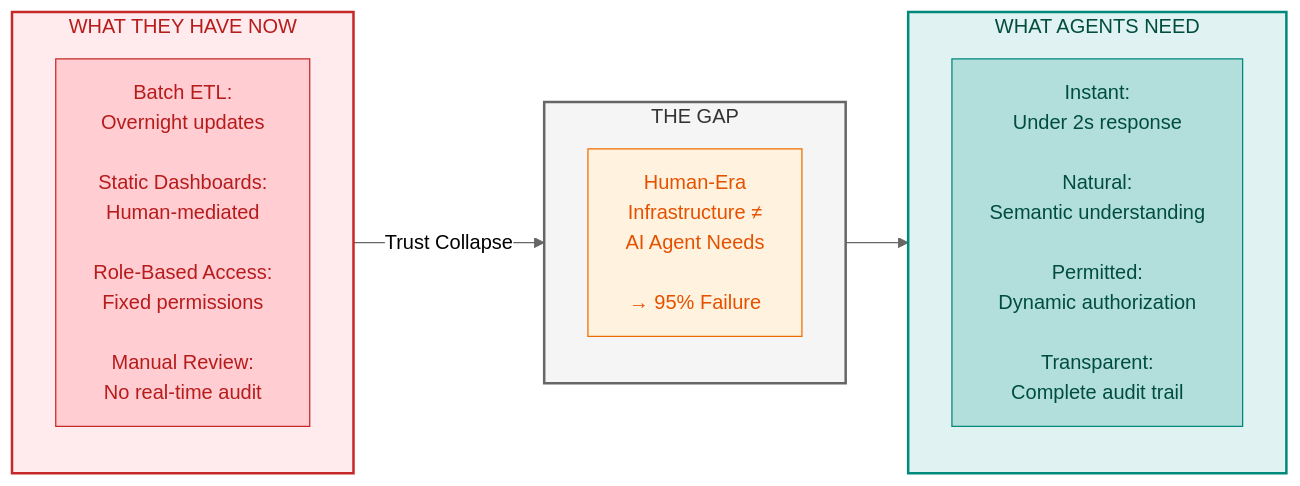
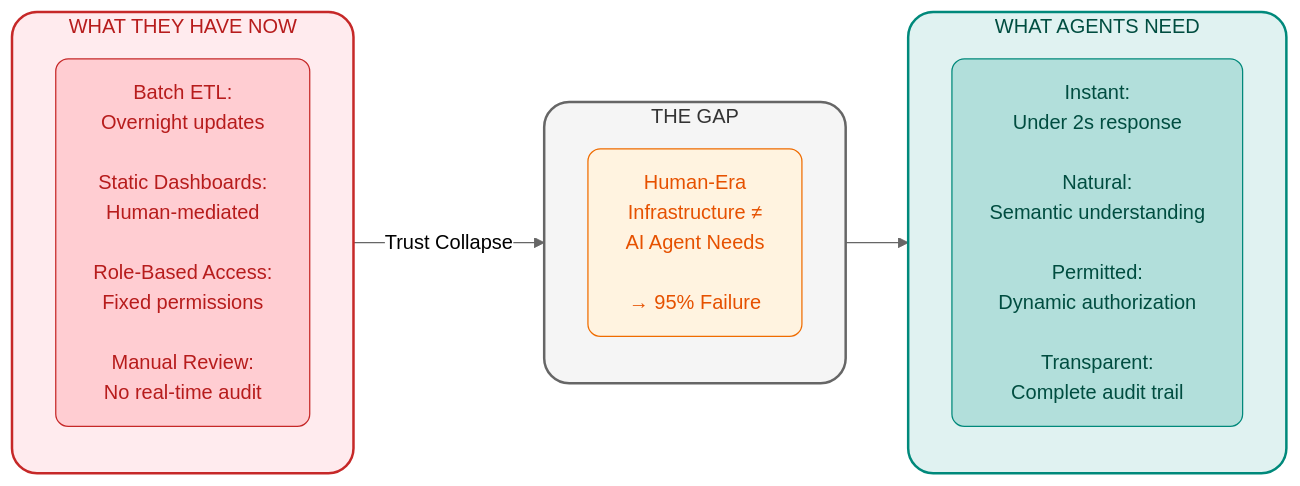
Before and after one commit to saitejesh-cyber/trust-before-intelligence-book: the first of 6 diagrams in manuscript/02_chapter_1_why_agents_fail.md, drawn with Mermaid (neutral theme). The commit also changed other lines of this file, not shown here.

````diff
--- a/manuscript/02_chapter_1_why_agents_fail.md
+++ b/manuscript/02_chapter_1_why_agents_fail.md
@@ -56,29 +56,29 @@
 ```mermaid
 
 graph LR
     subgraph BUILT["WHAT THEY HAVE NOW"]
         direction TB
         B1["Batch ETL:<br/>Overnight updates<br/><br/>Static Dashboards:<br/>Human-mediated<br/><br/>Role-Based Access:<br/>Fixed permissions<br/><br/>Manual Review:<br/>No real-time audit"]
     end
     
     subgraph GAP["THE GAP"]
         direction TB
         G1["Human-Era<br/>Infrastructure ≠<br/>AI Agent Needs<br/><br/>→ 95% Failure"]
     end
     
     subgraph NEED["WHAT AGENTS NEED"]
         direction TB
         N1["Instant:<br/>Under 2s response<br/><br/>Natural:<br/>Semantic understanding<br/><br/>Permitted:<br/>Dynamic authorization<br/><br/>Transparent:<br/>Complete audit trail"]
     end
     
     BUILT -->|"Trust Collapse"| GAP --> NEED
     
-    style BUILT fill:#ffebee,stroke:#c62828,stroke-width:2px,color:#b71c1c
-    style GAP fill:#f5f5f5,stroke:#666666,stroke-width:2px,color:#333333
-    style NEED fill:#e0f2f1,stroke:#00897b,stroke-width:2px,color:#004d40
-    style B1 fill:#ffcdd2,stroke:#c62828,color:#b71c1c
-    style G1 fill:#fff3e0,stroke:#ef6c00,color:#e65100
-    style N1 fill:#b2dfdb,stroke:#00897b,color:#004d40
+    style BUILT fill:#ffebee,stroke:#c62828,stroke-width:2px,color:#b71c1c,rx:2O,ry:20
+    style GAP fill:#f5f5f5,stroke:#666666,stroke-width:2px,color:#333333,rx:2O,ry:20
+    style NEED fill:#e0f2f1,stroke:#00897b,stroke-width:2px,color:#004d40,rx:2O,ry:20
+    style B1 fill:#ffcdd2,stroke:#c62828,color:#b71c1c,rx:1O,ry:10
+    style G1 fill:#fff3e0,stroke:#ef6c00,color:#e65100,rx:1O,ry:10
+    style N1 fill:#b2dfdb,stroke:#00897b,color:#004d40,rx:1O,ry:10
     
 
 ```
````
